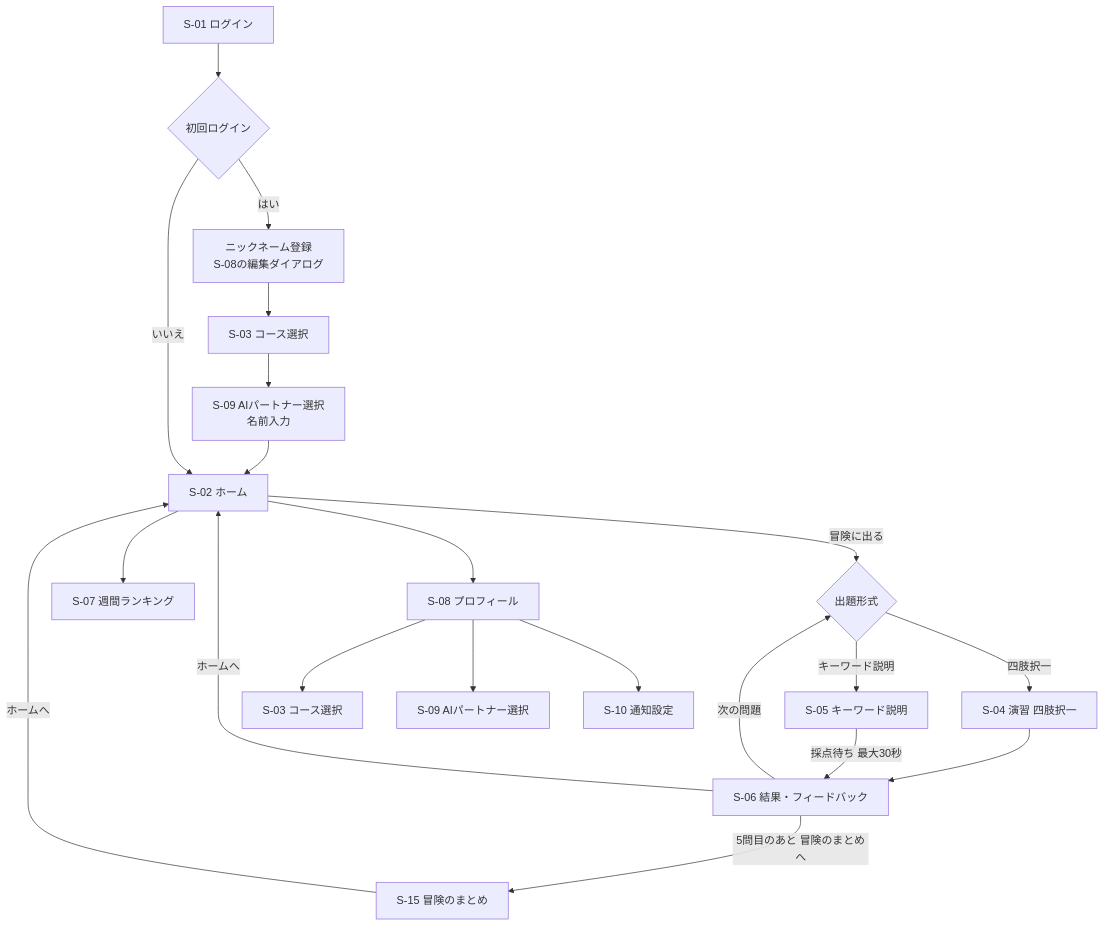
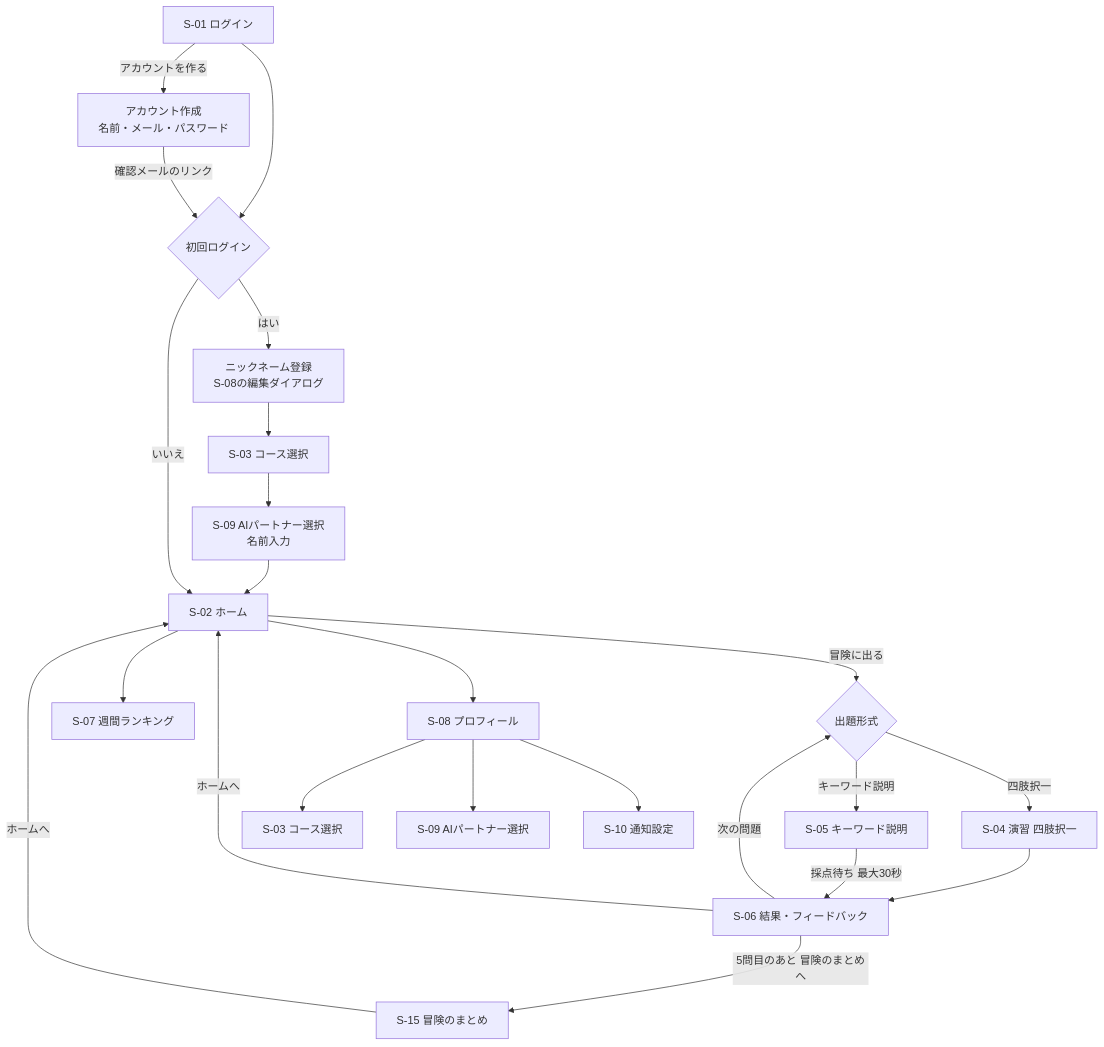
The fifth of 15 diagrams in documents/外部設計書_RPG学習アプリ.md (pocarialice/rpglearning), drawn with Mermaid before and after one commit. The commit also changed other lines of this file and 22 other files, not shown here.

````diff
--- a/documents/外部設計書_RPG学習アプリ.md
+++ b/documents/外部設計書_RPG学習アプリ.md
@@ -327,23 +327,25 @@
 ```mermaid
 flowchart TD
   S01["S-01 ログイン"] --> J{初回ログイン}
+  S01 -->|"アカウントを作る"| SU["アカウント作成<br>名前・メール・パスワード"]
+  SU -->|"確認メールのリンク"| J
   J -->|"はい"| NN["ニックネーム登録<br>S-08の編集ダイアログ"]
   NN --> S03a["S-03 コース選択"]
   S03a --> S09a["S-09 AIパートナー選択<br>名前入力"]
   S09a --> S02["S-02 ホーム"]
   J -->|"いいえ"| S02
   S02 -->|"冒険に出る"| Q{出題形式}
   Q -->|"四肢択一"| S04["S-04 演習 四肢択一"]
   Q -->|"キーワード説明"| S05["S-05 キーワード説明"]
   S04 --> S06["S-06 結果・フィードバック"]
   S05 -->|"採点待ち 最大30秒"| S06
   S06 -->|"次の問題"| Q
   S06 -->|"5問目のあと 冒険のまとめへ"| S15["S-15 冒険のまとめ"]
   S15 -->|"ホームへ"| S02
   S06 -->|"ホームへ"| S02
   S02 --> S07["S-07 週間ランキング"]
   S02 --> S08["S-08 プロフィール"]
   S08 --> S03["S-03 コース選択"]
   S08 --> S09["S-09 AIパートナー選択"]
   S08 --> S10["S-10 通知設定"]
 ```
````
